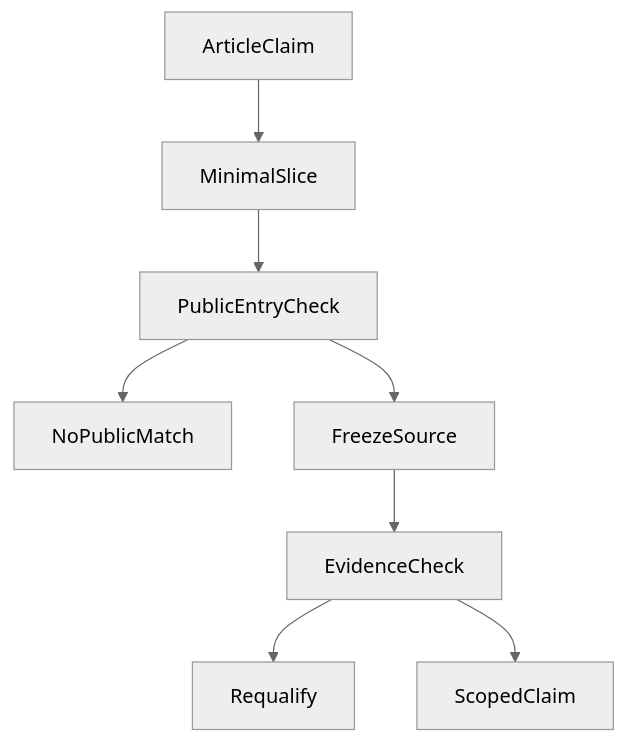
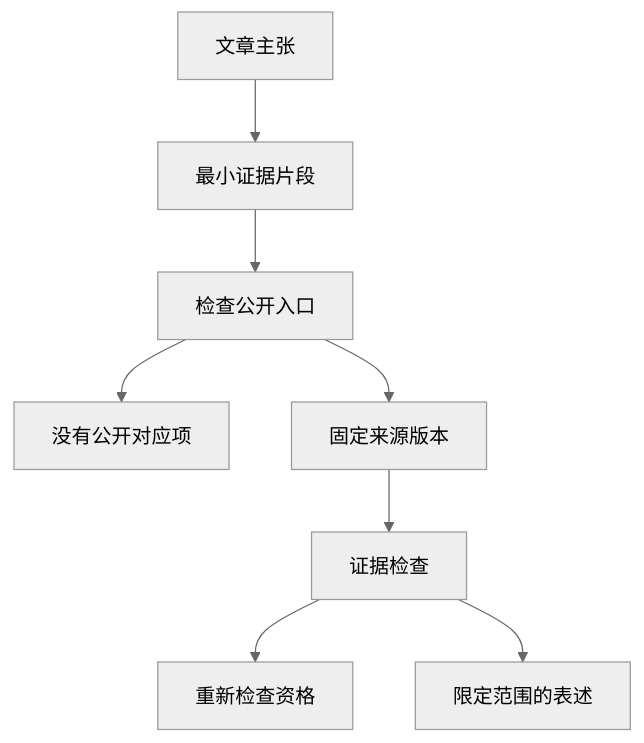
The diagram in articles/agent-article-code-evidence-contract.md (hpoenixf/eff-agent-article), drawn with Mermaid (neutral theme) before and after one commit. The commit also changed 52 other files, not shown here.

Commit message:
docs: localize diagrams and clarify flagship guides

````diff
--- a/articles/agent-article-code-evidence-contract.md
+++ b/articles/agent-article-code-evidence-contract.md
@@ -101,10 +101,10 @@
 ```mermaid
 graph TD
-ArticleClaim --> MinimalSlice
-MinimalSlice --> PublicEntryCheck
-PublicEntryCheck --> NoPublicMatch
-PublicEntryCheck --> FreezeSource
-FreezeSource --> EvidenceCheck
-EvidenceCheck --> Requalify
-EvidenceCheck --> ScopedClaim
+ArticleClaim["文章主张"] --> MinimalSlice["最小证据片段"]
+MinimalSlice --> PublicEntryCheck["检查公开入口"]
+PublicEntryCheck --> NoPublicMatch["没有公开对应项"]
+PublicEntryCheck --> FreezeSource["固定来源版本"]
+FreezeSource --> EvidenceCheck["证据检查"]
+EvidenceCheck --> Requalify["重新检查资格"]
+EvidenceCheck --> ScopedClaim["限定范围的表述"]
 ```
````
